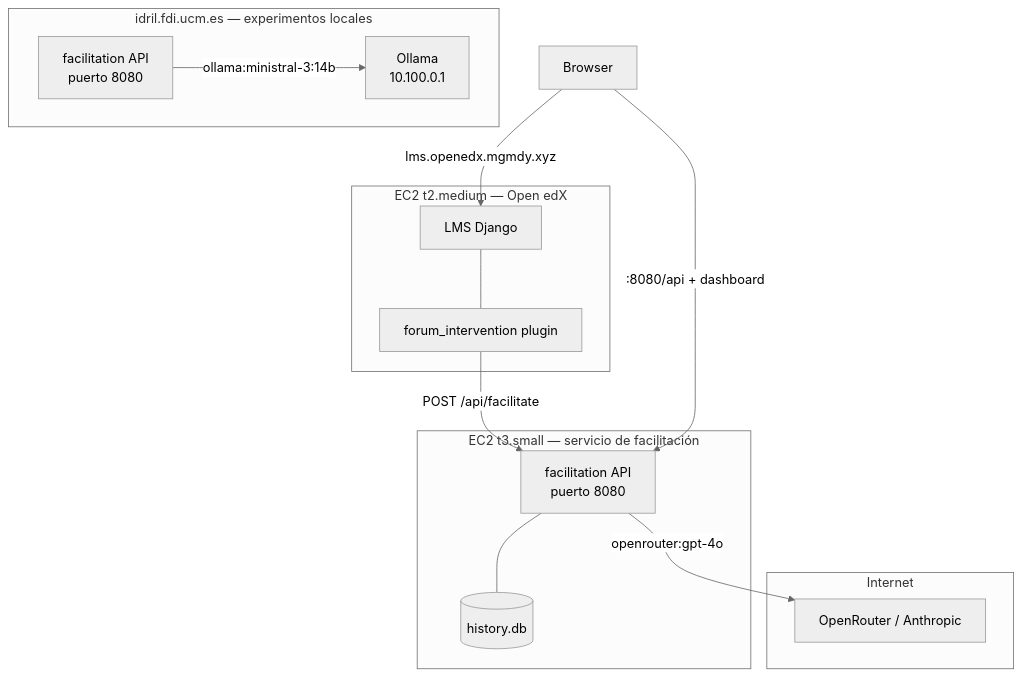
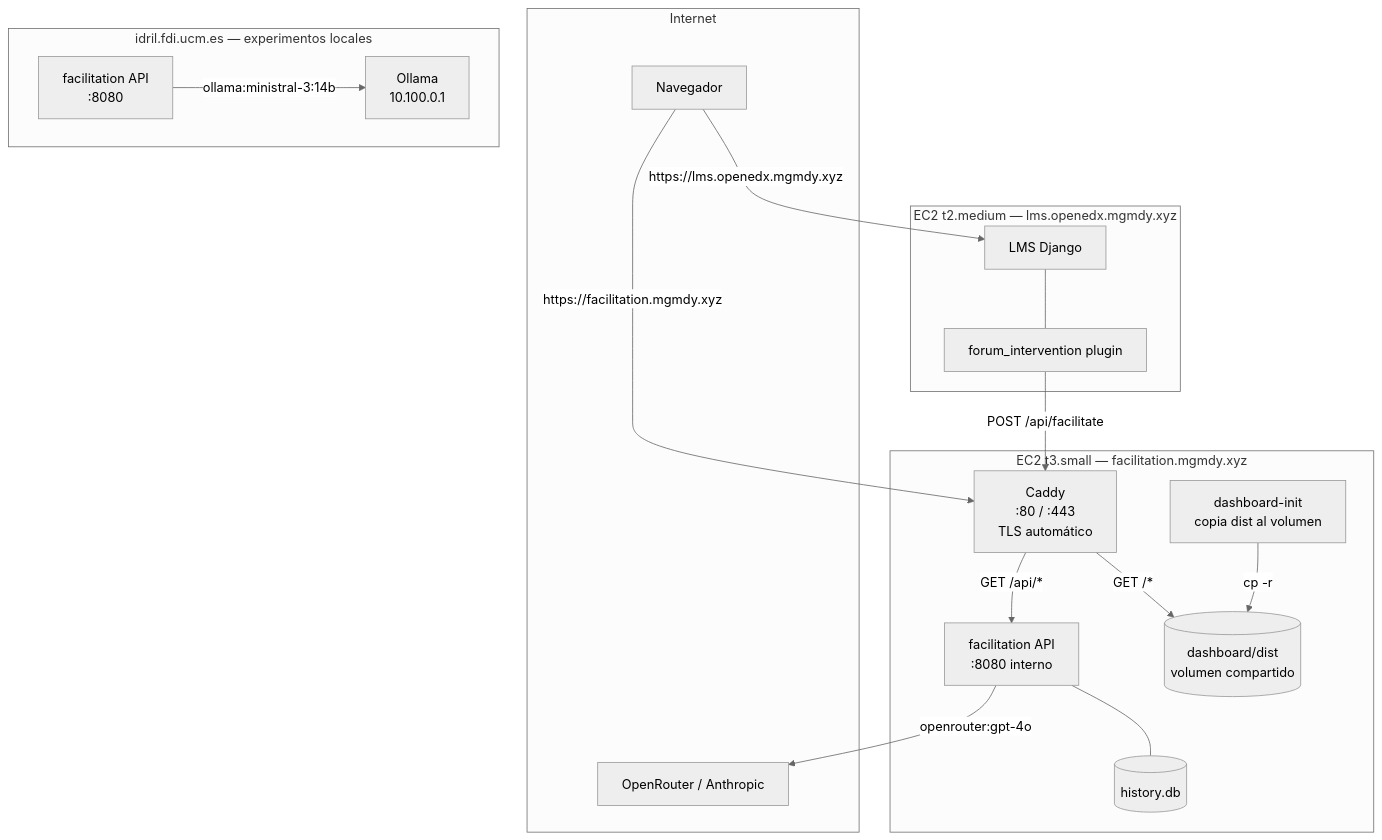
The diagram in docs/decisions/0042-despliegue-servicio-facilitacion-en-ec2.md (magrimal/tfm-2026-discussion-moderation), drawn with Mermaid (neutral theme) before and after one commit. The commit also changed other lines of this file and 3 other files, not shown here.

First line of the commit message:
docs: update ADR-0042 and ec2.md with final architecture

````diff
--- a/docs/decisions/0042-despliegue-servicio-facilitacion-en-ec2.md
+++ b/docs/decisions/0042-despliegue-servicio-facilitacion-en-ec2.md
@@ -21,29 +19,37 @@
 ```mermaid
 graph TB
     subgraph Internet
         OR[OpenRouter / Anthropic]
+        Browser[Navegador]
     end
 
-    subgraph EC2-facilitacion["EC2 t3.small — servicio de facilitación"]
-        FA[facilitation API<br/>puerto 8080]
+    subgraph EC2-facilitacion["EC2 t3.small — facilitation.mgmdy.xyz"]
+        CA[Caddy<br/>:80 / :443<br/>TLS automático]
+        FA[facilitation API<br/>:8080 interno]
+        DI[dashboard-init<br/>copia dist al volumen]
+        DV[(dashboard/dist<br/>volumen compartido)]
         DB[(history.db)]
+
+        CA -->|GET /api/*| FA
+        CA -->|GET /*| DV
+        DI -->|cp -r| DV
         FA --- DB
     end
 
-    subgraph EC2-openedx["EC2 t2.medium — Open edX"]
+    subgraph EC2-openedx["EC2 t2.medium — lms.openedx.mgmdy.xyz"]
         LMS[LMS Django]
         FI[forum_intervention plugin]
-        FI -->|POST /api/facilitate| FA
         LMS --- FI
     end
 
     subgraph Idril["idril.fdi.ucm.es — experimentos locales"]
-        FI2[facilitation API<br/>puerto 8080]
+        FA2[facilitation API<br/>:8080]
         OL[Ollama<br/>10.100.0.1]
-        FI2 -->|ollama:ministral-3:14b| OL
+        FA2 -->|ollama:ministral-3:14b| OL
     end
 
+    FI -->|POST /api/facilitate| CA
     FA -->|openrouter:gpt-4o| OR
-    Browser -->|":8080/api + dashboard"| FA
-    Browser -->|"lms.openedx.mgmdy.xyz"| LMS
+    Browser -->|https://facilitation.mgmdy.xyz| CA
+    Browser -->|https://lms.openedx.mgmdy.xyz| LMS
 ```
````
